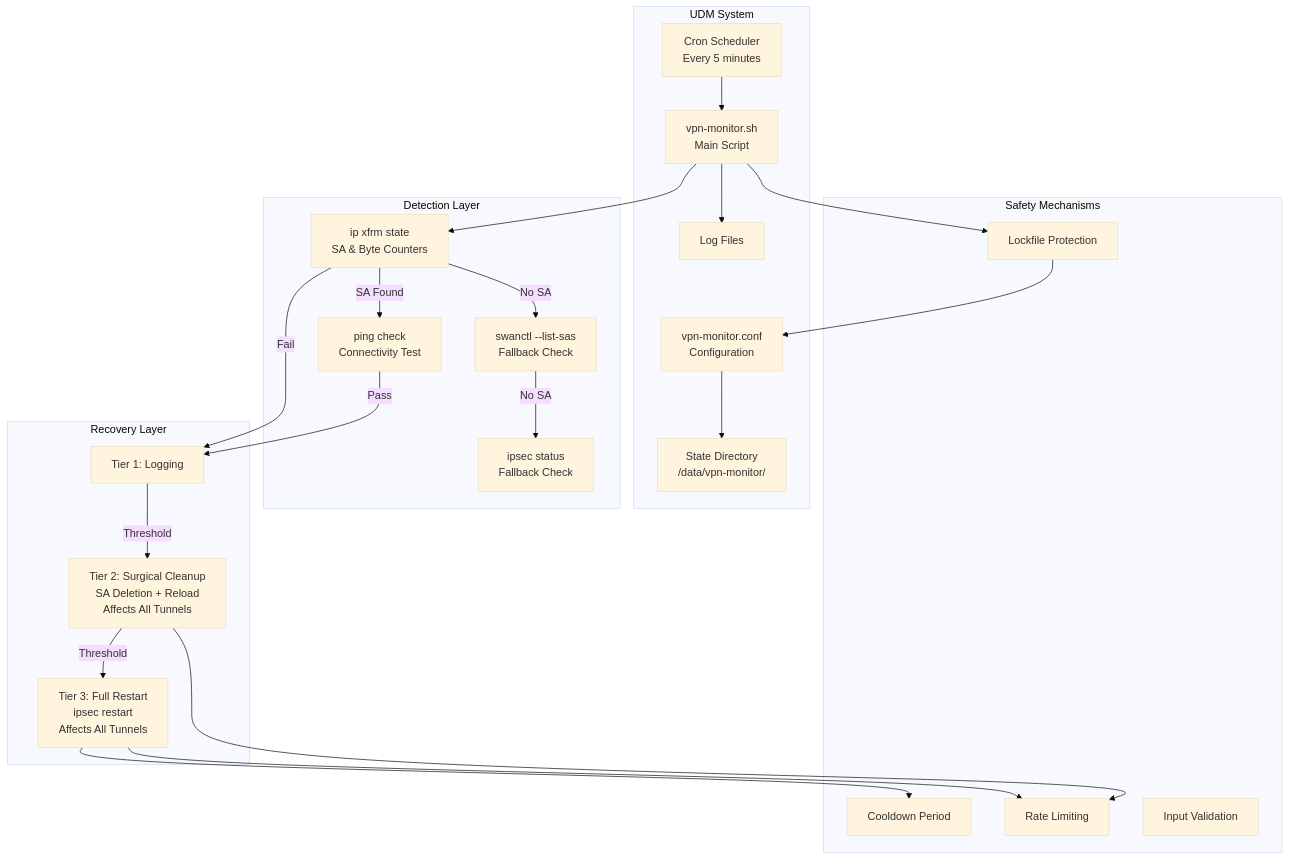
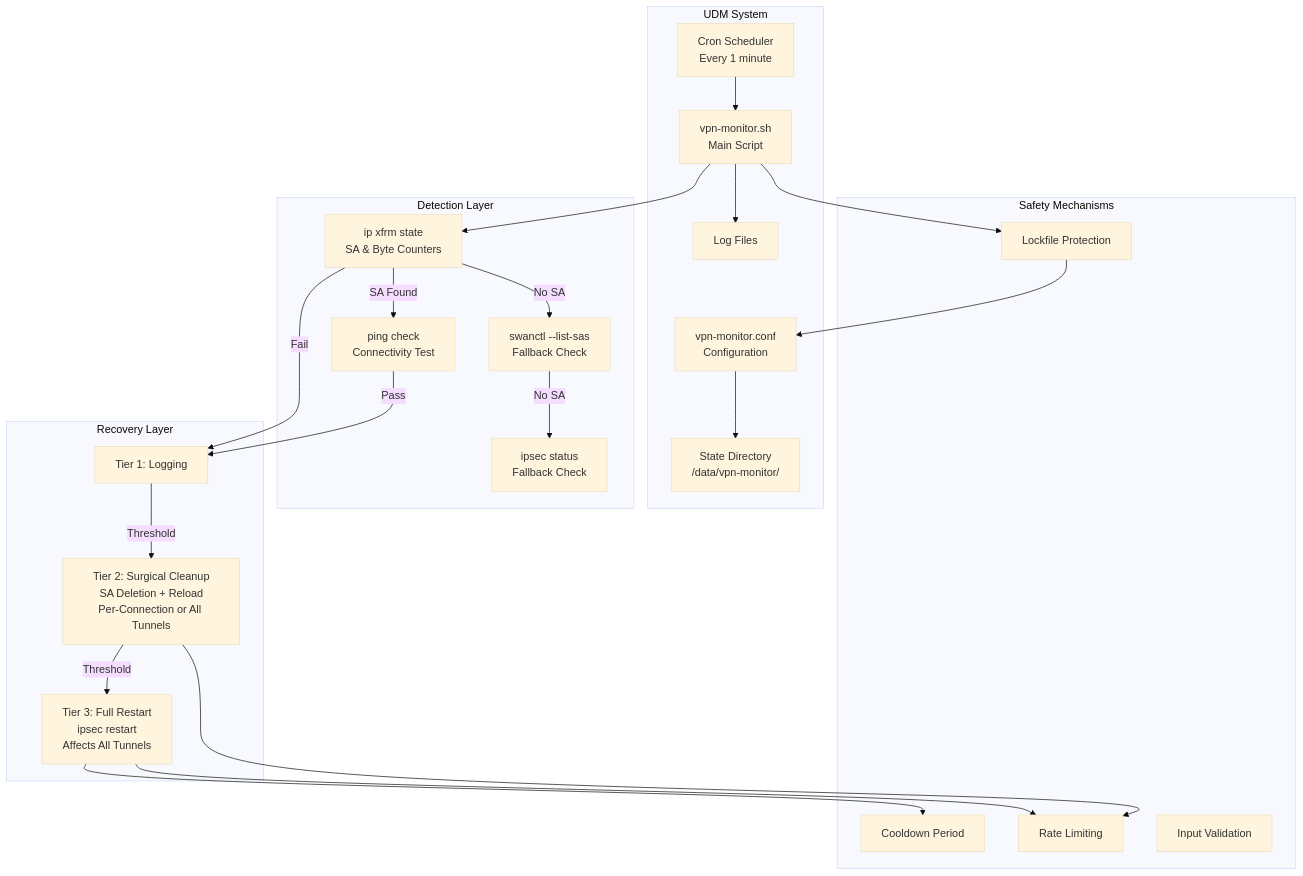
Before and after one commit to Eccentric-Quality-Solutions/udm-vpn-monitor: the first of 6 diagrams in ARCHITECTURE.md, drawn with Mermaid (base theme). The commit also changed other lines of this file and 24 other files, not shown here.

````diff
--- a/ARCHITECTURE.md
+++ b/ARCHITECTURE.md
@@ -57,47 +57,47 @@
 ```mermaid
 graph TB
     subgraph "UDM System"
-        Cron[Cron Scheduler<br/>Every 5 minutes]
+        Cron[Cron Scheduler<br/>Every 1 minute]
         MainScript[vpn-monitor.sh<br/>Main Script]
         Config[vpn-monitor.conf<br/>Configuration]
         StateDir[State Directory<br/>/data/vpn-monitor/]
         LogDir[Log Files]
     end
     
     subgraph "Detection Layer"
         XfrmCheck[ip xfrm state<br/>SA & Byte Counters]
         SwanctlCheck[swanctl --list-sas<br/>Fallback Check]
         IpsecCheck[ipsec status<br/>Fallback Check]
         PingCheck[ping check<br/>Connectivity Test]
     end
     
     subgraph "Recovery Layer"
         Tier1[Tier 1: Logging]
-        Tier2[Tier 2: Surgical Cleanup<br/>SA Deletion + Reload<br/>Affects All Tunnels]
+        Tier2[Tier 2: Surgical Cleanup<br/>SA Deletion + Reload<br/>Per-Connection or All Tunnels]
         Tier3[Tier 3: Full Restart<br/>ipsec restart<br/>Affects All Tunnels]
     end
     
     subgraph "Safety Mechanisms"
         Lockfile[Lockfile Protection]
         Cooldown[Cooldown Period]
         RateLimit[Rate Limiting]
         Validation[Input Validation]
     end
     
     Cron --> MainScript
     MainScript --> Lockfile
     Lockfile --> Config
     Config --> StateDir
     MainScript --> XfrmCheck
     XfrmCheck -->|No SA| SwanctlCheck
     SwanctlCheck -->|No SA| IpsecCheck
     XfrmCheck -->|SA Found| PingCheck
     PingCheck -->|Pass| Tier1
     XfrmCheck -->|Fail| Tier1
     Tier1 -->|Threshold| Tier2
     Tier2 -->|Threshold| Tier3
     Tier3 --> Cooldown
     Tier2 --> RateLimit
     Tier3 --> RateLimit
     MainScript --> LogDir
 ```
````
